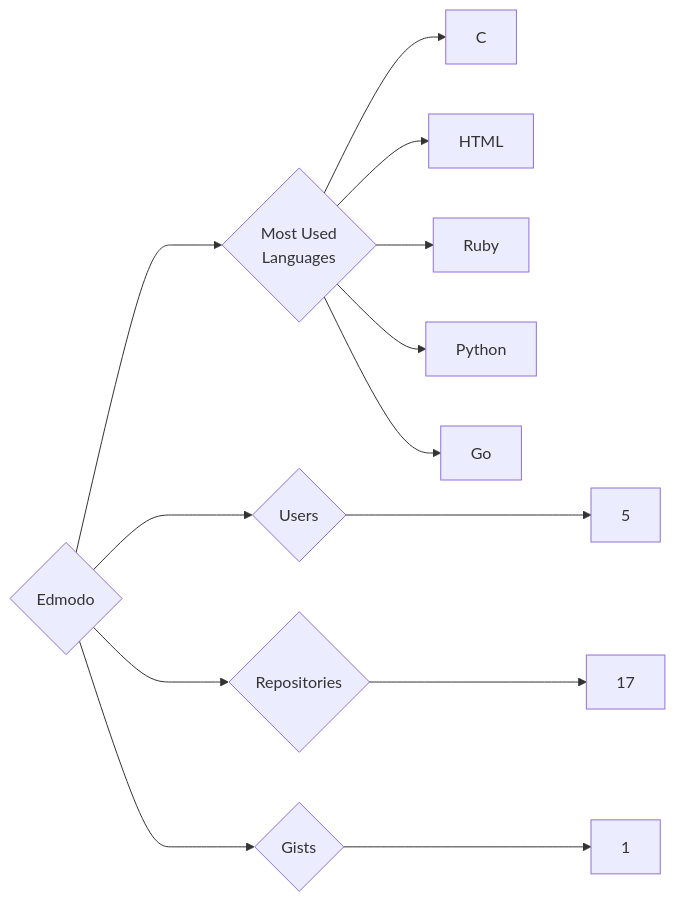
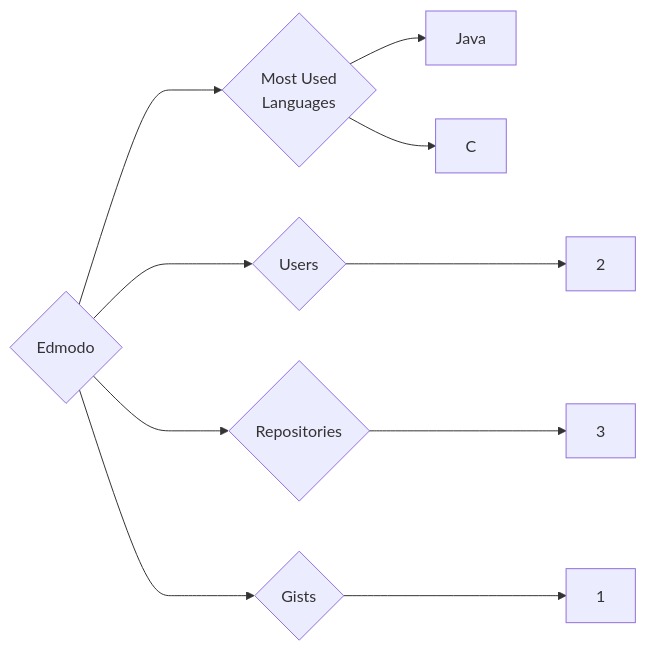
The diagram in targets/Edmodo/README.md (trickest/insiders), drawn with Mermaid before and after one commit. The commit also changed 757 other files, not shown here.

````diff
--- a/targets/Edmodo/README.md
+++ b/targets/Edmodo/README.md
@@ -3,13 +3,10 @@
 ```mermaid
 graph LR
 COMPANY_NAME{Edmodo}
-COMPANY_NAME ---> U{Users} ---> UN[5]
-COMPANY_NAME ---> R{Repositories} ---> RN[17]
+COMPANY_NAME ---> U{Users} ---> UN[2]
+COMPANY_NAME ---> R{Repositories} ---> RN[3]
 COMPANY_NAME ---> G{Gists} ---> GN[1]
 COMPANY_NAME ---> ML{Most Used<br>Languages}
+ML --> Java[Java]
 ML --> C[C]
-ML --> HTML[HTML]
-ML --> Ruby[Ruby]
-ML --> Python[Python]
-ML --> Go[Go]
 ```
````
